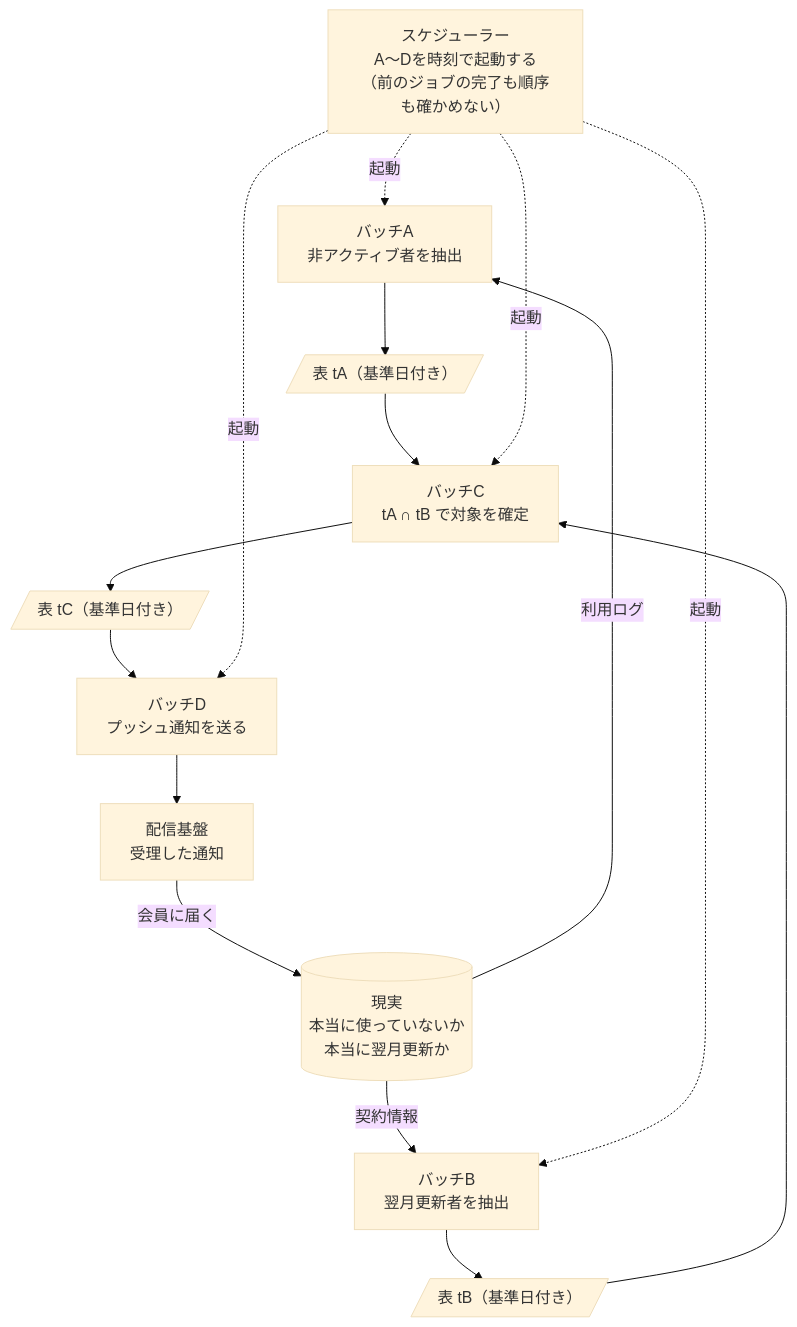
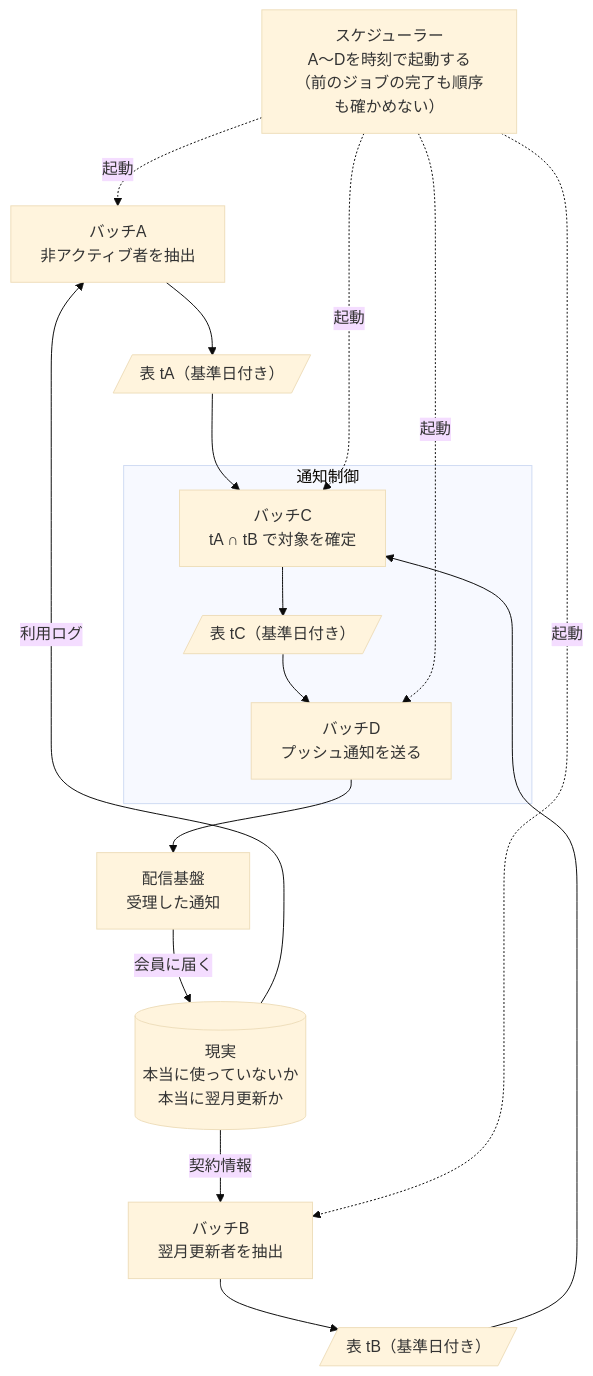
Before and after one commit to kokeshiM0chi/lean-experiments: the first of 3 diagrams in articles/stpa-lean-renewal-notice.md, drawn with Mermaid (base theme). The commit also changed other lines of this file and 47 other files, not shown here.

````diff
--- a/articles/stpa-lean-renewal-notice.md
+++ b/articles/stpa-lean-renewal-notice.md
@@ -33,20 +35,22 @@
 ```mermaid
 flowchart TB
   S["スケジューラー<br/>A〜Dを時刻で起動する<br/>（前のジョブの完了も順序も確かめない）"]
   W[("現実<br/>本当に使っていないか<br/>本当に翌月更新か")]
   A["バッチA<br/>非アクティブ者を抽出"]
   B["バッチB<br/>翌月更新者を抽出"]
   TA[/"表 tA（基準日付き）"/]
   TB[/"表 tB（基準日付き）"/]
-  C["バッチC<br/>tA ∩ tB で対象を確定"]
-  TC[/"表 tC（基準日付き）"/]
-  D["バッチD<br/>プッシュ通知を送る"]
+  subgraph N["通知制御"]
+    C["バッチC<br/>tA ∩ tB で対象を確定"]
+    TC[/"表 tC（基準日付き）"/]
+    D["バッチD<br/>プッシュ通知を送る"]
+  end
   G["配信基盤<br/>受理した通知"]
   W -- 利用ログ --> A
   W -- 契約情報 --> B
   A --> TA --> C
   B --> TB --> C
   C --> TC --> D --> G
   G -- 会員に届く --> W
   S -. 起動 .-> A & B & C & D
 ```
````
